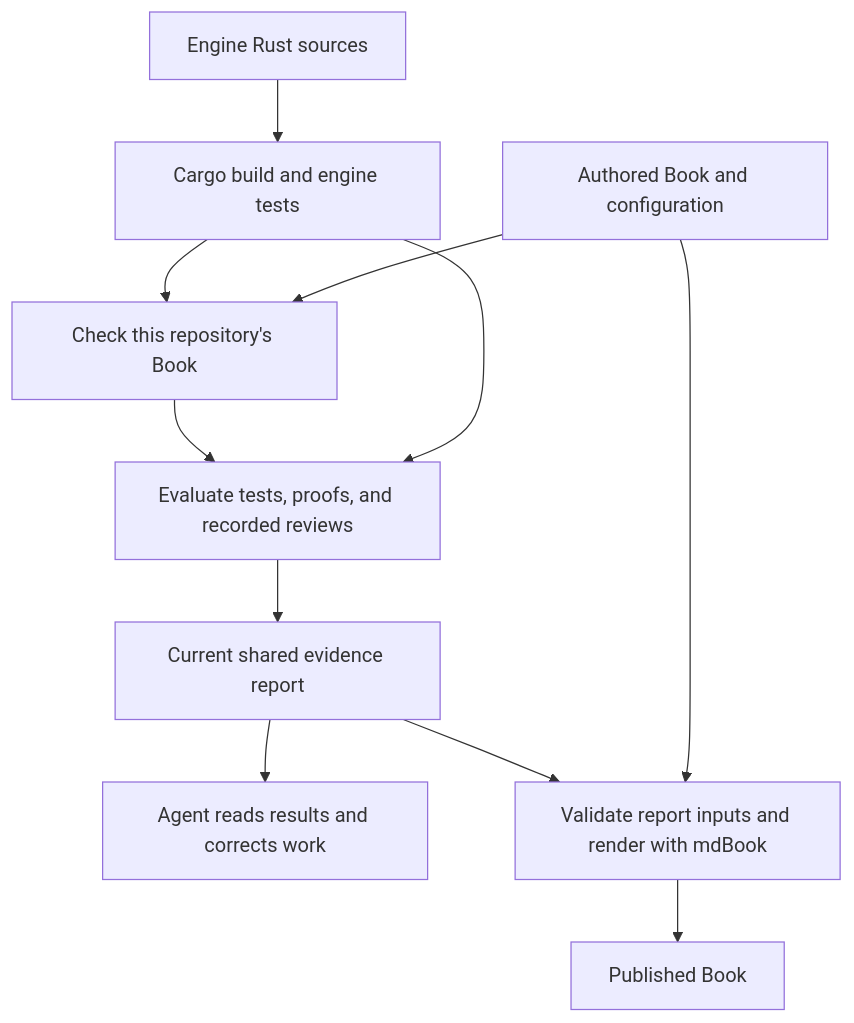
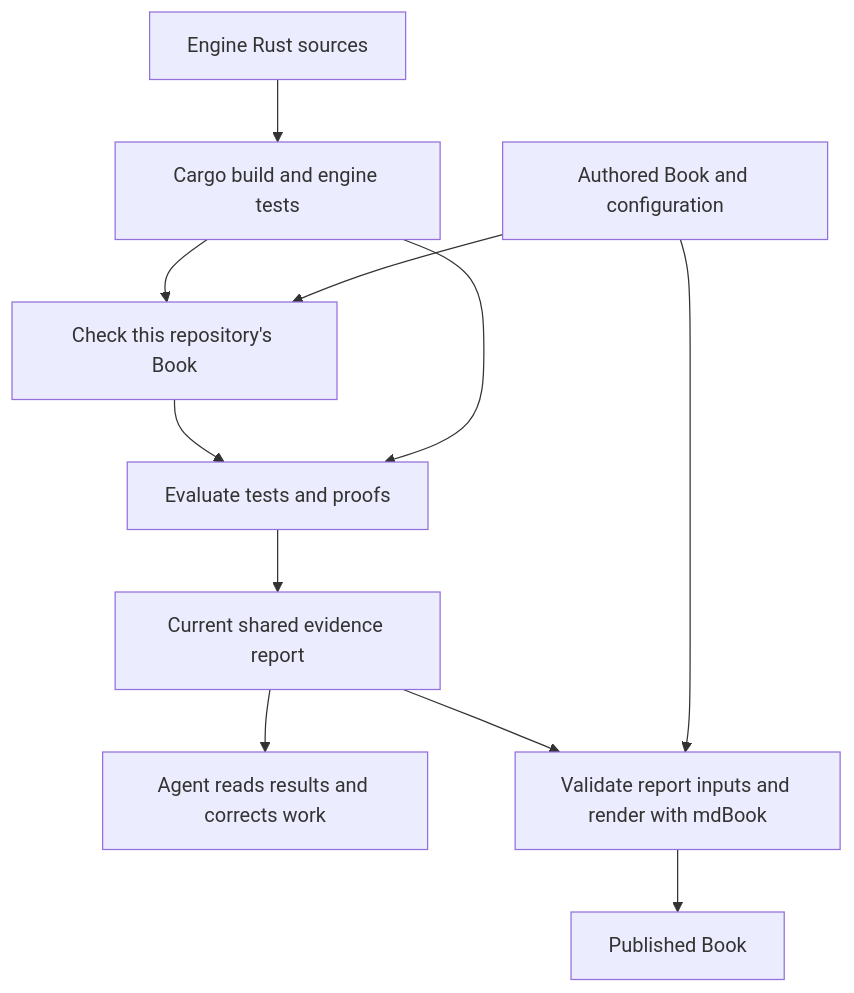
The second of 2 diagrams in book/design/system-overview.md (anchor-book/anchor-book), drawn with Mermaid before and after one commit. The commit also changed other lines of this file and 39 other files, not shown here.

````diff
--- a/book/design/system-overview.md
+++ b/book/design/system-overview.md
@@ -195,14 +195,14 @@
 ```mermaid
 %%{init: {"flowchart": {"useMaxWidth": false}}}%%
 flowchart TB
     rust["Engine Rust sources"] --> cargo["Cargo build and engine tests"]
     cargo --> check["Check this repository's Book"]
     book["Authored Book and configuration"] --> check
-    check --> verify["Evaluate tests, proofs, and recorded reviews"]
+    check --> verify["Evaluate tests and proofs"]
     cargo --> verify
     verify --> report["Current shared evidence report"]
     report --> agent["Agent reads results and corrects work"]
     report --> render["Validate report inputs and render with mdBook"]
     book --> render
     render --> pages["Published Book"]
 ```
````
